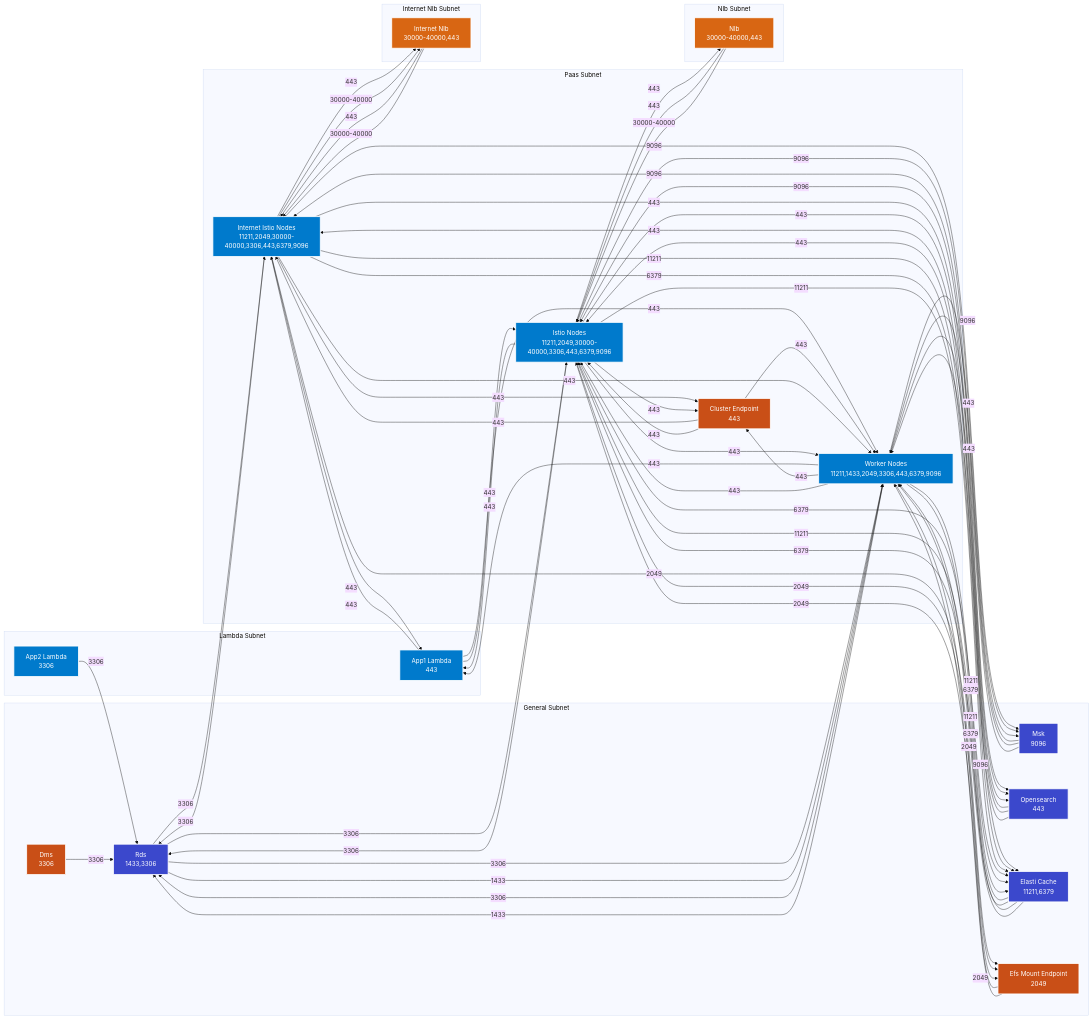
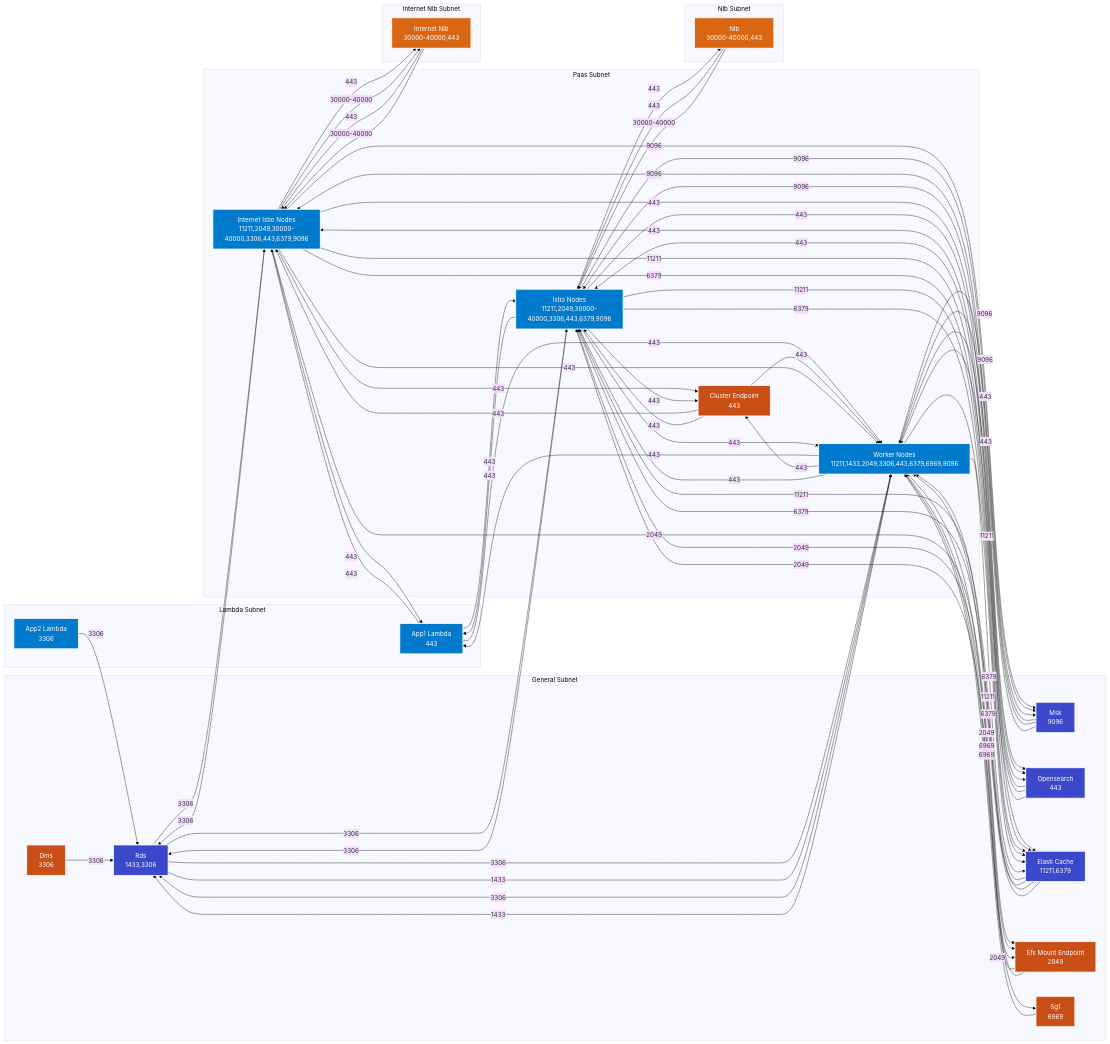
Before and after one commit to drewpypro/terraform-aws-sg-module-template: the diagram in README.MD, drawn with Mermaid (base theme). The commit also changed other lines of this file and 5 other files, not shown here.

````diff
--- a/README.MD
+++ b/README.MD
@@ -93,13 +91,14 @@
         elasti_cache[Elasti Cache<br>11211,6379]
         efs_mount_endpoint[Efs Mount Endpoint<br>2049]
         dms[Dms<br>3306]
+        sg1[Sg1<br>6969]
     end
 
     %% Paas Subnet
     subgraph paas_subnet [Paas Subnet]
         istio_nodes[Istio Nodes<br>11211,2049,30000-40000,3306,443,6379,9096]
         internet_istio_nodes[Internet Istio Nodes<br>11211,2049,30000-40000,3306,443,6379,9096]
-        worker_nodes[Worker Nodes<br>11211,1433,2049,3306,443,6379,9096]
+        worker_nodes[Worker Nodes<br>11211,1433,2049,3306,443,6379,6969,9096]
         cluster_endpoint[Cluster Endpoint<br>443]
     end
 
@@ -179,10 +178,12 @@
     worker_nodes --> |3306| rds
     worker_nodes --> |1433| rds
     rds --> |1433| worker_nodes
+    sg1 --> |6969| worker_nodes
+    worker_nodes --> |6969| sg1
 
     %% Apply styles
     class internet_nlb,nlb lb
     class internet_istio_nodes,istio_nodes,worker_nodes,app1_lambda,app2_lambda nodes
     class rds,msk,opensearch,elasti_cache data
-    class cluster_endpoint,efs_mount_endpoint,dms infra
+    class cluster_endpoint,efs_mount_endpoint,dms,sg1 infra
 ```
````
